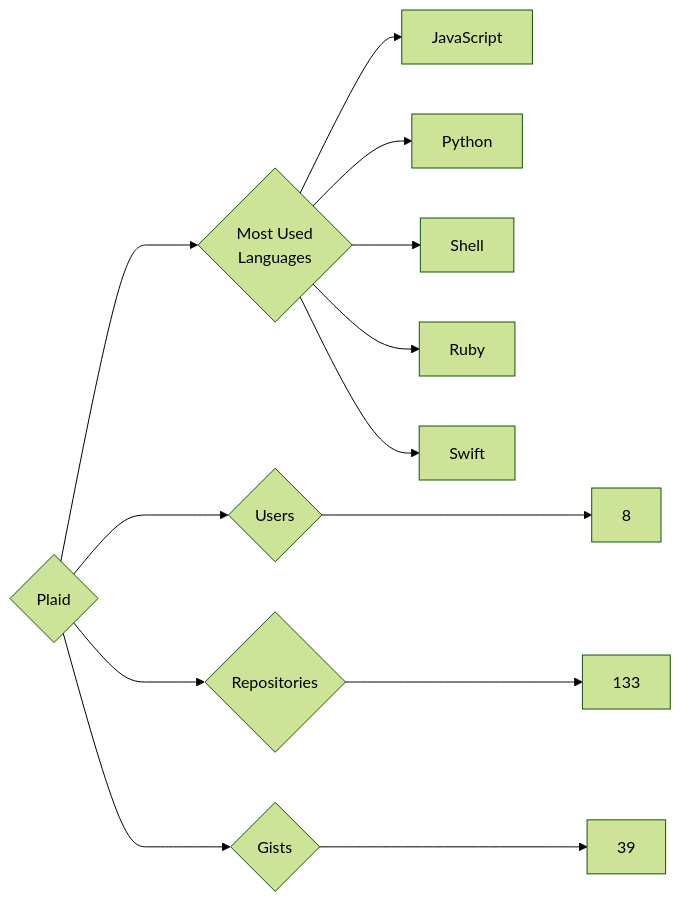
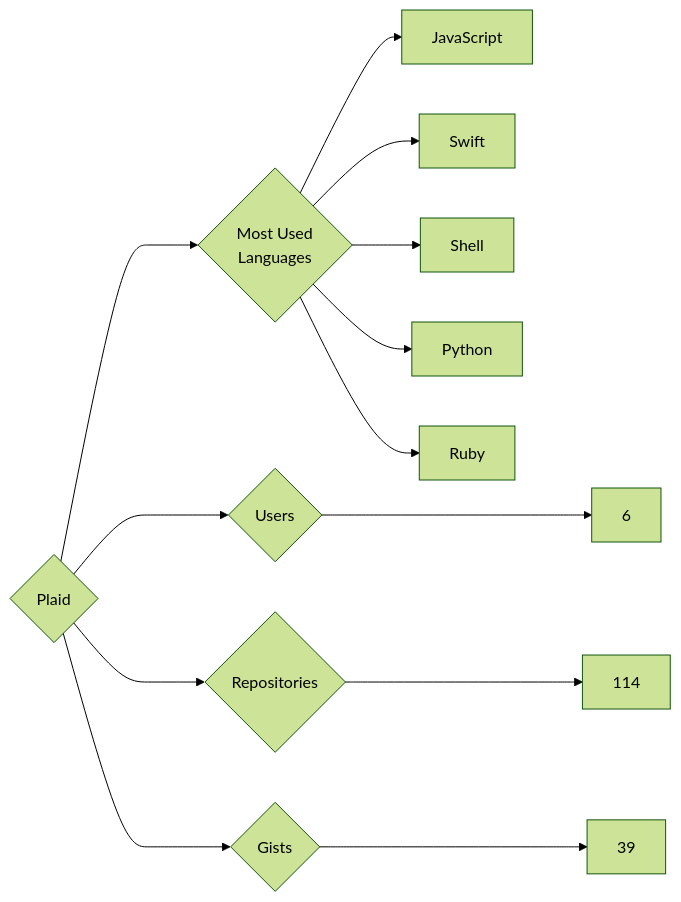
One commit to trickest/insiders changed the diagram in targets/Plaid/README.md. Above: the diagram before and after it, drawn with Mermaid (forest theme). The commit also changed 1248 other files, not shown here.

````diff
--- a/targets/Plaid/README.md
+++ b/targets/Plaid/README.md
@@ -3,13 +3,13 @@
 ```mermaid
 graph LR
 COMPANY_NAME{Plaid}
-COMPANY_NAME ---> U{Users} ---> UN[8]
-COMPANY_NAME ---> R{Repositories} ---> RN[133]
+COMPANY_NAME ---> U{Users} ---> UN[6]
+COMPANY_NAME ---> R{Repositories} ---> RN[114]
 COMPANY_NAME ---> G{Gists} ---> GN[39]
 COMPANY_NAME ---> ML{Most Used<br>Languages}
 ML --> JavaScript[JavaScript]
+ML --> Swift[Swift]
+ML --> Shell[Shell]
 ML --> Python[Python]
-ML --> Shell[Shell]
 ML --> Ruby[Ruby]
-ML --> Swift[Swift]
 ```
````
